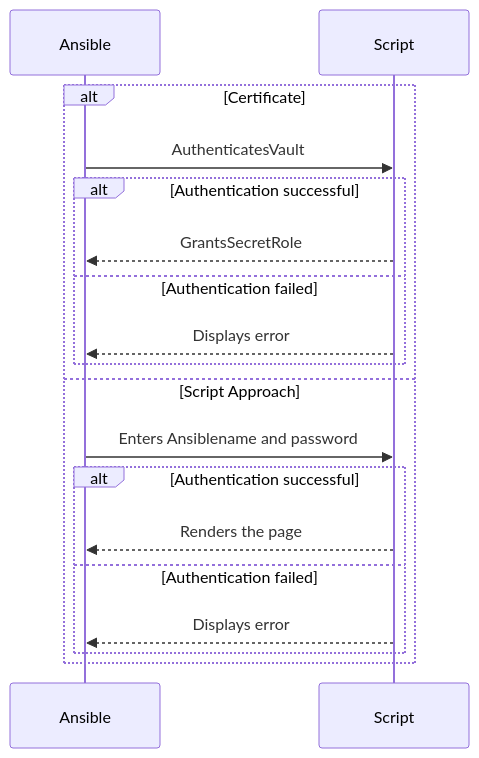
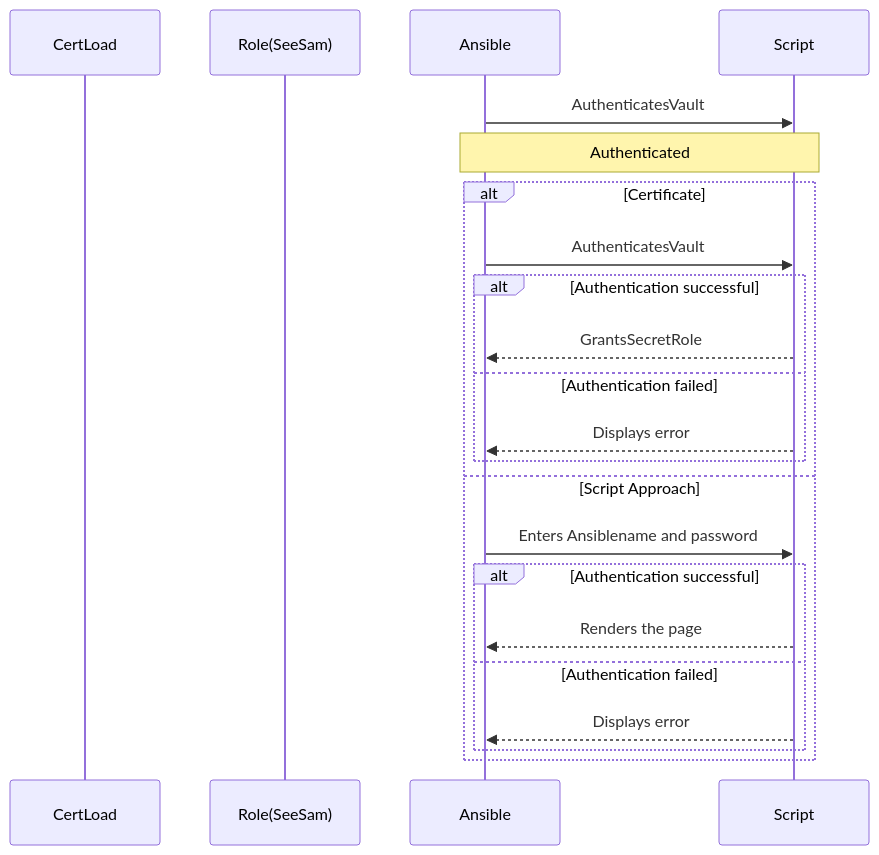
The diagram in sequence_diagram.md (ejbest/ansible-vault-certs), drawn with Mermaid before and after one commit. The commit also changed 1 other file, not shown here.

Commit message:
adjusting working to 101

````diff
--- a/sequence_diagram.md
+++ b/sequence_diagram.md
@@ -5,22 +5,28 @@
 ```mermaid
 sequenceDiagram
+    participant CertLoad
+    participant Role(SeeSam)
     participant Ansible
     participant Script
+    Ansible->>Script: AuthenticatesVault
+    Note over Ansible,Script: Authenticated
+
+
     box "Certificate"
     end
     alt Certificate
         Ansible->>Script: AuthenticatesVault
         alt Authentication successful
             Script-->>Ansible: GrantsSecretRole
         else Authentication failed
             Script-->>Ansible: Displays error
         end
     else Script Approach
         Ansible->>Script: Enters Ansiblename and password
         alt Authentication successful
             Script-->>Ansible: Renders the page
         else Authentication failed
             Script-->>Ansible: Displays error
         end
     end
 ```
````
